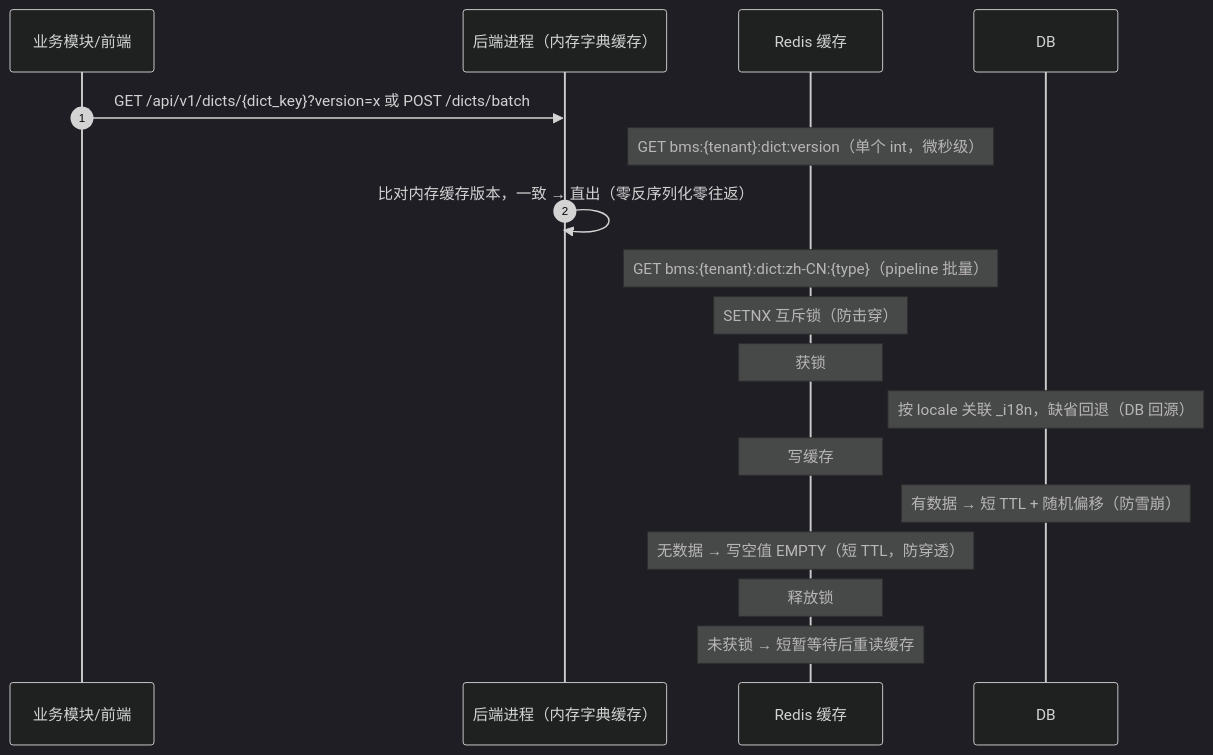
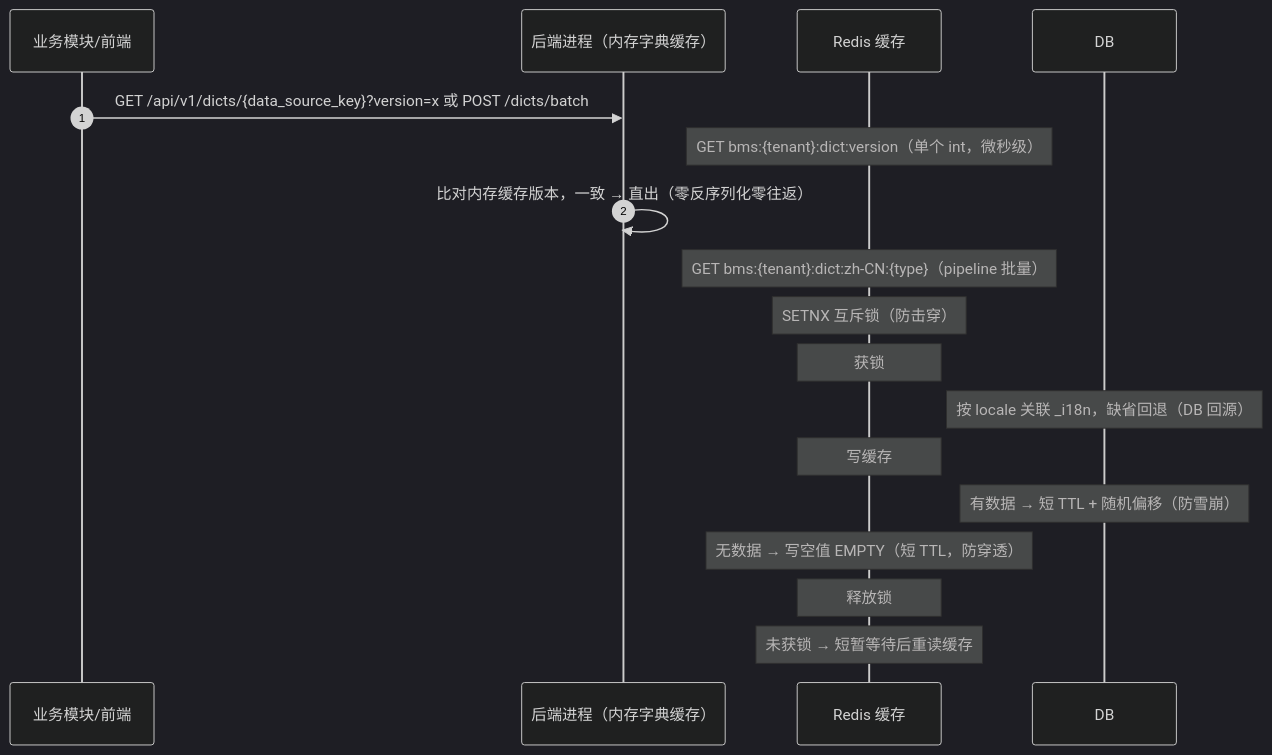
One commit to minjian123/basic-management-system changed the first of 2 diagrams in bms文档/设计/概要设计/09_概要设计_字典管理.md. Above: the diagram before and after it, drawn with Mermaid (dark theme). The commit also changed other lines of this file and 14 other files, not shown here.

````diff
--- a/bms文档/设计/概要设计/09_概要设计_字典管理.md
+++ b/bms文档/设计/概要设计/09_概要设计_字典管理.md
@@ -57,21 +57,21 @@
 ```mermaid
 sequenceDiagram
     autonumber
     participant 业务模块 as 业务模块/前端
     participant 后端进程 as 后端进程（内存字典缓存）
     participant Redis 缓存
     participant DB
 
-    业务模块->>后端进程: GET /api/v1/dicts/{dict_key}?version=x 或 POST /dicts/batch
+    业务模块->>后端进程: GET /api/v1/dicts/{data_source_key}?version=x 或 POST /dicts/batch
     Note over Redis 缓存: GET bms:{tenant}:dict:version（单个 int，微秒级）
     后端进程->>后端进程: 比对内存缓存版本，一致 → 直出（零反序列化零往返）
     Note over Redis 缓存: GET bms:{tenant}:dict:zh-CN:{type}（pipeline 批量）
     Note over Redis 缓存: SETNX 互斥锁（防击穿）
     Note over Redis 缓存: 获锁
     Note over DB: 按 locale 关联 _i18n，缺省回退（DB 回源）
     Note over Redis 缓存: 写缓存
     Note over DB: 有数据 → 短 TTL + 随机偏移（防雪崩）
     Note over Redis 缓存: 无数据 → 写空值 EMPTY（短 TTL，防穿透）
     Note over Redis 缓存: 释放锁
     Note over Redis 缓存: 未获锁 → 短暂等待后重读缓存
 ```
````
